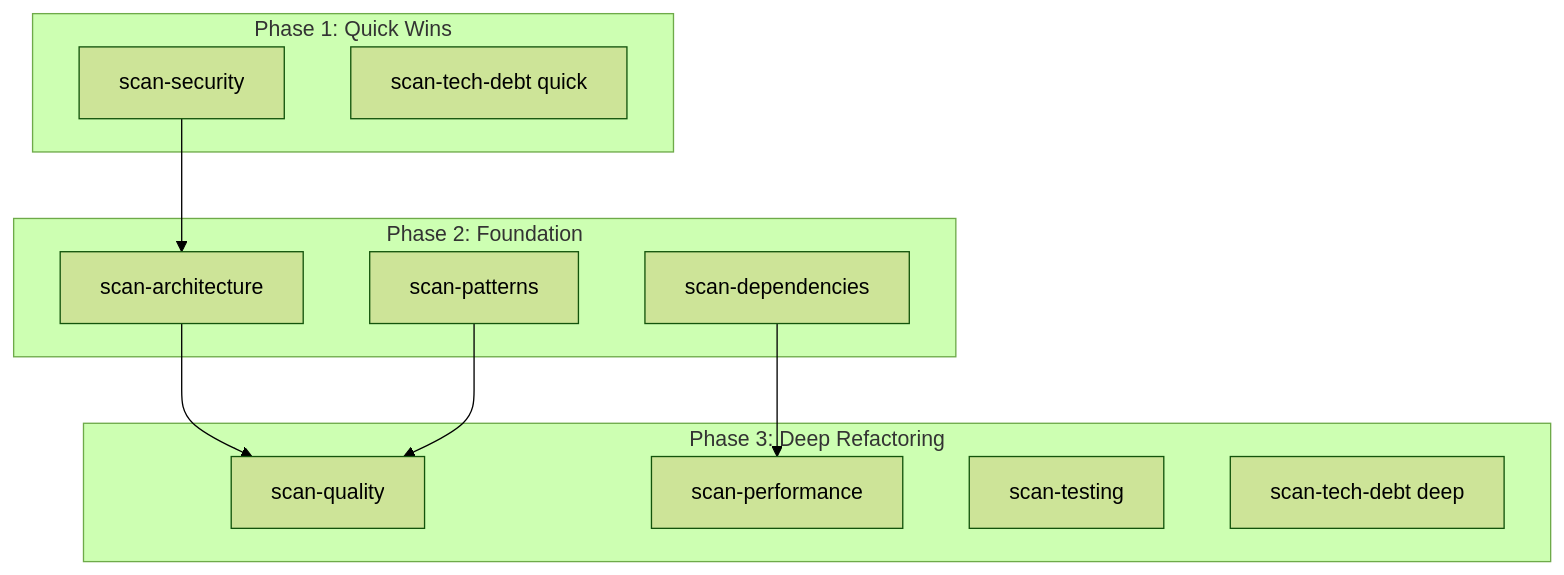
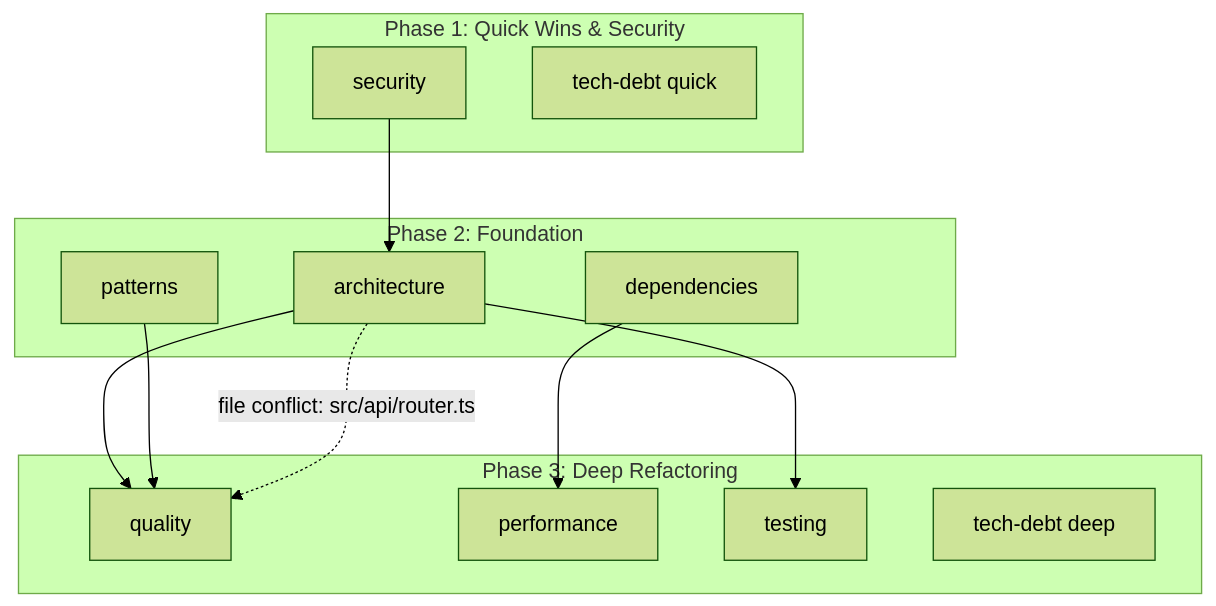
The diagram in code-analysis/skills/generate-orchestrator-plan/SKILL.md (fosketer/fosketer-claude-marketplace), drawn with Mermaid (forest theme) before and after one commit. The commit also changed other lines of this file and 4 other files, not shown here.

````diff
--- a/code-analysis/skills/generate-orchestrator-plan/SKILL.md
+++ b/code-analysis/skills/generate-orchestrator-plan/SKILL.md
@@ -71,22 +109,24 @@
 ```mermaid
 graph TD
-    subgraph "Phase 1: Quick Wins"
-        SEC[scan-security]
-        DEBT1[scan-tech-debt quick]
+    subgraph "Phase 1: Quick Wins & Security"
+        SEC[security]
+        DEBT1[tech-debt quick]
     end
     subgraph "Phase 2: Foundation"
-        ARCH[scan-architecture]
-        DEPS[scan-dependencies]
-        PAT[scan-patterns]
+        ARCH[architecture]
+        DEPS[dependencies]
+        PAT[patterns]
     end
     subgraph "Phase 3: Deep Refactoring"
-        QUAL[scan-quality]
-        PERF[scan-performance]
-        TEST[scan-testing]
-        DEBT2[scan-tech-debt deep]
+        QUAL[quality]
+        PERF[performance]
+        TEST[testing]
+        DEBT2[tech-debt deep]
     end
     SEC --> ARCH
     ARCH --> QUAL
+    ARCH --> TEST
     DEPS --> PERF
     PAT --> QUAL
+    ARCH -.->|"file conflict: src/api/router.ts"| QUAL
 ```
````
